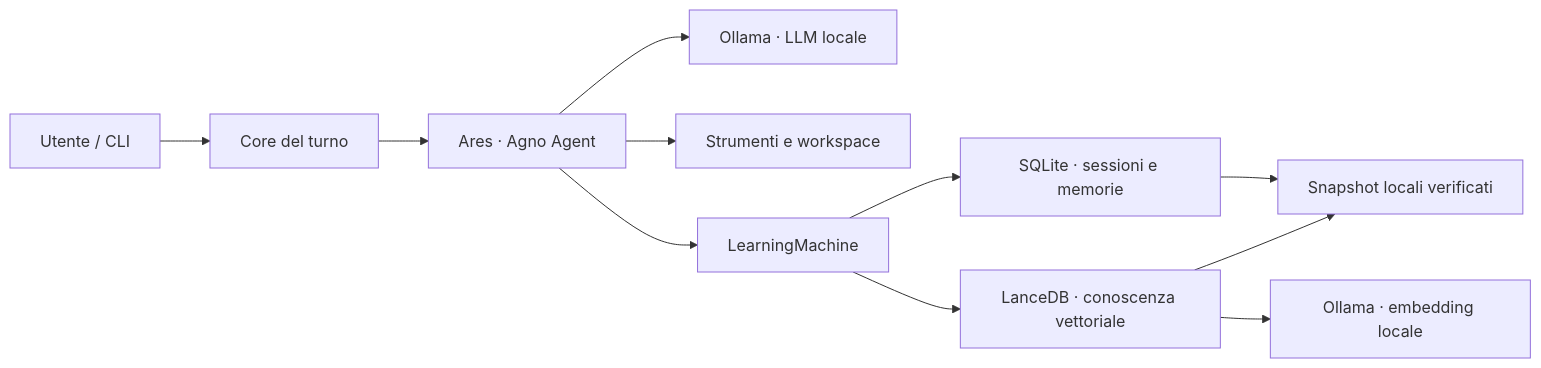
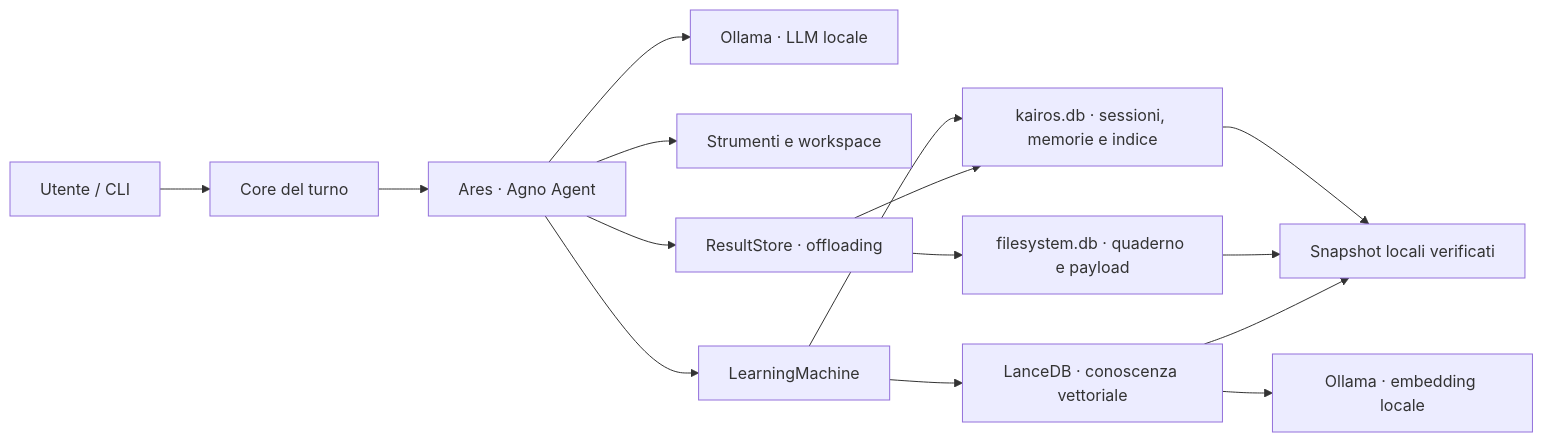
Before and after one commit to KairosIta/Ares: the diagram in README.md, drawn with Mermaid. The commit also changed other lines of this file and 6 other files, not shown here.

````diff
--- a/README.md
+++ b/README.md
@@ -43,13 +43,17 @@
 ```mermaid
 flowchart LR
     U["Utente / CLI"] --> C["Core del turno"]
     C --> A["Ares · Agno Agent"]
     A --> O["Ollama · LLM locale"]
     A --> T["Strumenti e workspace"]
+    A --> R["ResultStore · offloading"]
     A --> L["LearningMachine"]
-    L --> S["SQLite · sessioni e memorie"]
+    L --> S["kairos.db · sessioni, memorie e indice"]
     L --> V["LanceDB · conoscenza vettoriale"]
+    R --> S
+    R --> F["filesystem.db · quaderno e payload"]
     V --> E["Ollama · embedding locale"]
     S --> B["Snapshot locali verificati"]
+    F --> B
     V --> B
 ```
````
